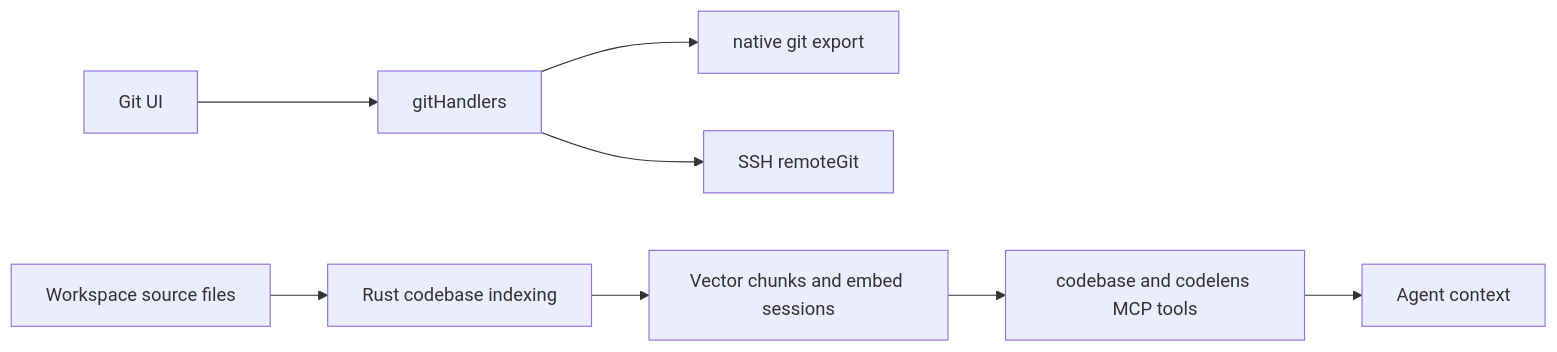
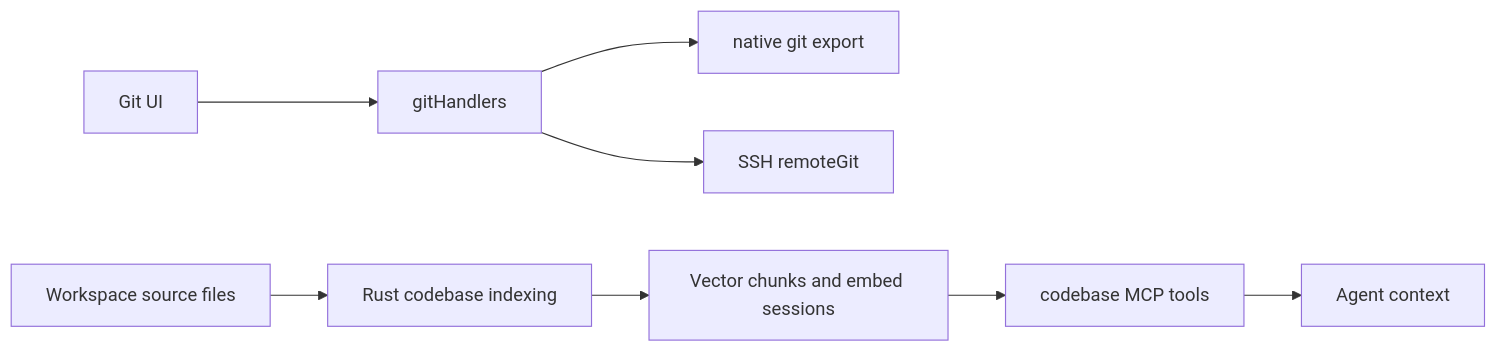
The ninth of 14 diagrams in docs/en/4-architecture-and-development/6-feature-module-architecture-and-data-flow-diagrams.md (BaSui01/snow-app), drawn with Mermaid before and after one commit. The commit also changed other lines of this file and 59 other files, not shown here.

First line of the commit message:
refactor!: remove the built-in codelens service and tools

````diff
--- a/docs/en/4-architecture-and-development/6-feature-module-architecture-and-data-flow-diagrams.md
+++ b/docs/en/4-architecture-and-development/6-feature-module-architecture-and-data-flow-diagrams.md
@@ -186,10 +186,10 @@
 ```mermaid
 flowchart LR
     gitui["Git UI"] --> gitipc["gitHandlers"]
     gitipc --> localgit["native git export"]
     gitipc --> remotegit["SSH remoteGit"]
     workspace["Workspace source files"] --> index["Rust codebase indexing"]
     index --> chunks["Vector chunks and embed sessions"]
-    chunks --> search["codebase and codelens MCP tools"]
+    chunks --> search["codebase MCP tools"]
     search --> agent["Agent context"]
 ```
````
